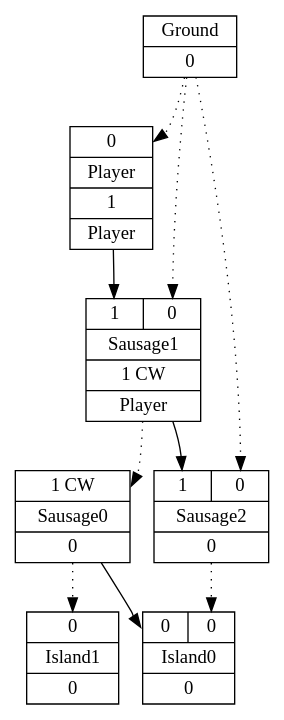
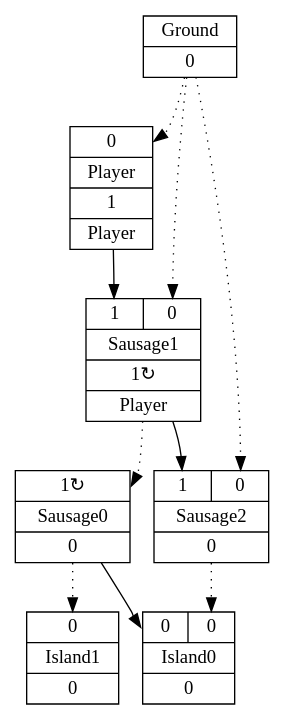
The diagram in mid/4/graph_2.gv (increpare/AbstractPropagationSim), drawn with Graphviz before and after one commit. The commit also changed 106 other files, not shown here.

```diff
--- a/mid/4/graph_2.gv
+++ b/mid/4/graph_2.gv
@@ -1,19 +1,19 @@
 digraph G {
 node [shape=record];
 Player[ label ="{{<GroundP>0}|{Player}|<PlayerOUT>1|{Player}}"];
 Ground[ label ="{{Ground}|<GroundOUT>0}"];
-Sausage1[ label ="{{<Player>1|<GroundP>0}|{Sausage1}|<Sausage1OUT>1 CW|{Player}}"];
-Sausage0[ label ="{{<Sausage1P>1 CW}|{Sausage0}|<Sausage0OUT>0}"];
+Sausage1[ label ="{{<Player>1|<GroundP>0}|{Sausage1}|<Sausage1OUT>1&#8635;|{Player}}"];
+Sausage0[ label ="{{<Sausage1P>1&#8635;}|{Sausage0}|<Sausage0OUT>0}"];
 Sausage2[ label ="{{<Sausage1>1|<GroundP>0}|{Sausage2}|<Sausage2OUT>0}"];
 Island1[ label ="{{<Sausage0P>0}|{Island1}|<Island1OUT>0}"];
 Island0[ label ="{{<Sausage0>0|<Sausage2P>0}|{Island0}|<Island0OUT>0}"];
 	"Ground" -> "Player":GroundP [style=dotted];
 	"Player" -> "Sausage1":Player;
 	"Ground" -> "Sausage1":GroundP [style=dotted];
 	"Sausage1" -> "Sausage0":Sausage1P [style=dotted];
 	"Sausage1" -> "Sausage2":Sausage1;
 	"Sausage0" -> "Island1":Sausage0P [style=dotted];
 	"Sausage0" -> "Island0":Sausage0;
 	"Ground" -> "Sausage2":GroundP [style=dotted];
 	"Sausage2" -> "Island0":Sausage2P [style=dotted];
 }
```
